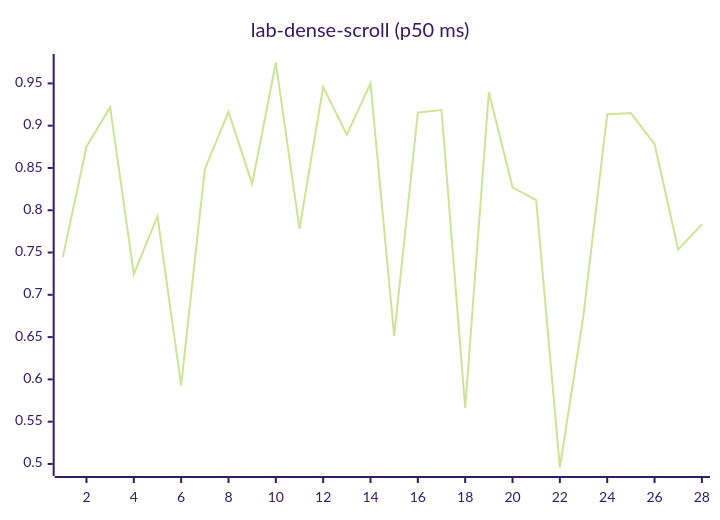
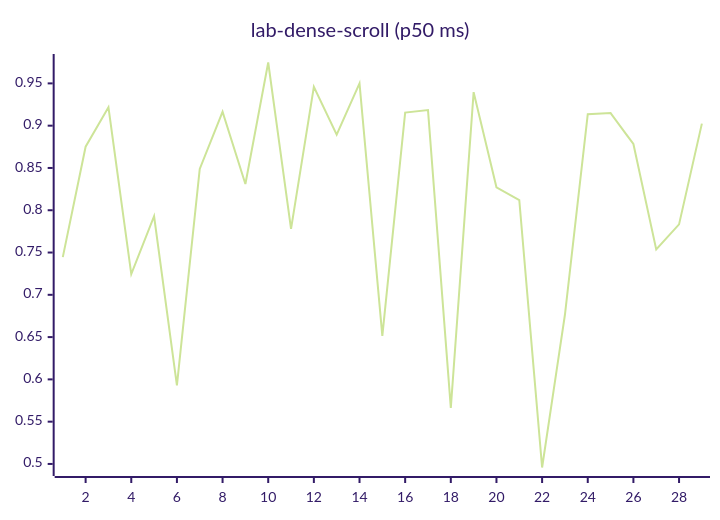
Diagram 12 of 27 in README.md (josha/Facet), drawn with Mermaid (forest theme) before and after one commit. The commit also changed other lines of this file and 2 other files, not shown here.

````diff
--- a/README.md
+++ b/README.md
@@ -140,6 +140,6 @@
 ```mermaid
 xychart-beta
     title "lab-dense-scroll (p50 ms)"
-    x-axis 1 --> 28
-    line [0.7446, 0.8751, 0.9218, 0.7244, 0.7929, 0.5928, 0.8489, 0.9164, 0.8310, 0.9747, 0.7780, 0.9459, 0.8894, 0.9501, 0.6514, 0.9155, 0.9185, 0.5661, 0.9396, 0.8271, 0.8121, 0.4958, 0.6764, 0.9135, 0.9149, 0.8783, 0.7537, 0.7833]
+    x-axis 1 --> 29
+    line [0.7446, 0.8751, 0.9218, 0.7244, 0.7929, 0.5928, 0.8489, 0.9164, 0.8310, 0.9747, 0.7780, 0.9459, 0.8894, 0.9501, 0.6514, 0.9155, 0.9185, 0.5661, 0.9396, 0.8271, 0.8121, 0.4958, 0.6764, 0.9135, 0.9149, 0.8783, 0.7537, 0.7833, 0.9024]
 ```
````
